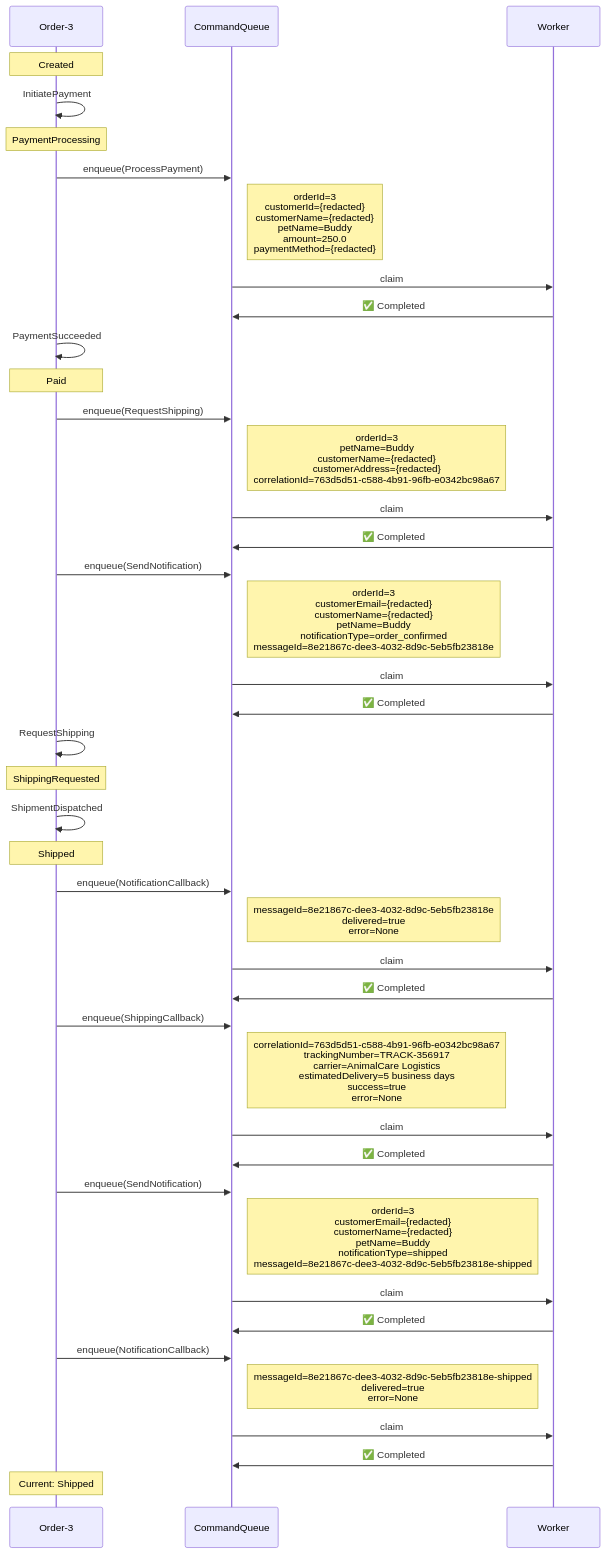
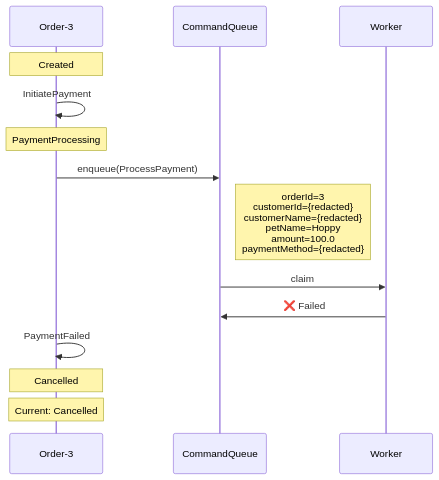
The first of 3 diagrams in docs/visualizations/order-3-trace.md (Iterable/mechanoid), drawn with Mermaid before and after one commit. The commit also changed other lines of this file and 6 other files, not shown here.

````diff
--- a/docs/visualizations/order-3-trace.md
+++ b/docs/visualizations/order-3-trace.md
@@ -11,45 +11,18 @@
 ```mermaid
+%%{init: {'themeCSS': '.noteText { text-align: left !important; }'}}%%
 sequenceDiagram
     participant FSM as Order-3
     participant CQ as CommandQueue
     participant W as Worker
 
     Note over FSM: Created
     FSM->>FSM: InitiatePayment
     Note over FSM: PaymentProcessing
     FSM->>CQ: enqueue(ProcessPayment)
-    Note right of CQ: orderId=3<br/>customerId={redacted}<br/>customerName={redacted}<br/>petName=Buddy<br/>amount=250.0<br/>paymentMethod={redacted}
+    Note right of CQ: orderId=3<br/>customerId={redacted}<br/>customerName={redacted}<br/>petName=Hoppy<br/>amount=100.0<br/>paymentMethod={redacted}
     CQ->>W: claim
-    W->>CQ: ✅ Completed
-    FSM->>FSM: PaymentSucceeded
-    Note over FSM: Paid
-    FSM->>CQ: enqueue(RequestShipping)
-    Note right of CQ: orderId=3<br/>petName=Buddy<br/>customerName={redacted}<br/>customerAddress={redacted}<br/>correlationId=763d5d51-c588-4b91-96fb-e0342bc98a67
-    CQ->>W: claim
-    W->>CQ: ✅ Completed
-    FSM->>CQ: enqueue(SendNotification)
-    Note right of CQ: orderId=3<br/>customerEmail={redacted}<br/>customerName={redacted}<br/>petName=Buddy<br/>notificationType=order_confirmed<br/>messageId=8e21867c-dee3-4032-8d9c-5eb5fb23818e
-    CQ->>W: claim
-    W->>CQ: ✅ Completed
-    FSM->>FSM: RequestShipping
-    Note over FSM: ShippingRequested
-    FSM->>FSM: ShipmentDispatched
-    Note over FSM: Shipped
-    FSM->>CQ: enqueue(NotificationCallback)
-    Note right of CQ: messageId=8e21867c-dee3-4032-8d9c-5eb5fb23818e<br/>delivered=true<br/>error=None
-    CQ->>W: claim
-    W->>CQ: ✅ Completed
-    FSM->>CQ: enqueue(ShippingCallback)
-    Note right of CQ: correlationId=763d5d51-c588-4b91-96fb-e0342bc98a67<br/>trackingNumber=TRACK-356917<br/>carrier=AnimalCare Logistics<br/>estimatedDelivery=5 business days<br/>success=true<br/>error=None
-    CQ->>W: claim
-    W->>CQ: ✅ Completed
-    FSM->>CQ: enqueue(SendNotification)
-    Note right of CQ: orderId=3<br/>customerEmail={redacted}<br/>customerName={redacted}<br/>petName=Buddy<br/>notificationType=shipped<br/>messageId=8e21867c-dee3-4032-8d9c-5eb5fb23818e-shipped
-    CQ->>W: claim
-    W->>CQ: ✅ Completed
-    FSM->>CQ: enqueue(NotificationCallback)
-    Note right of CQ: messageId=8e21867c-dee3-4032-8d9c-5eb5fb23818e-shipped<br/>delivered=true<br/>error=None
-    CQ->>W: claim
-    W->>CQ: ✅ Completed
-    Note over FSM: Current: Shipped
+    W->>CQ: ❌ Failed
+    FSM->>FSM: PaymentFailed
+    Note over FSM: Cancelled
+    Note over FSM: Current: Cancelled
 ```
````
